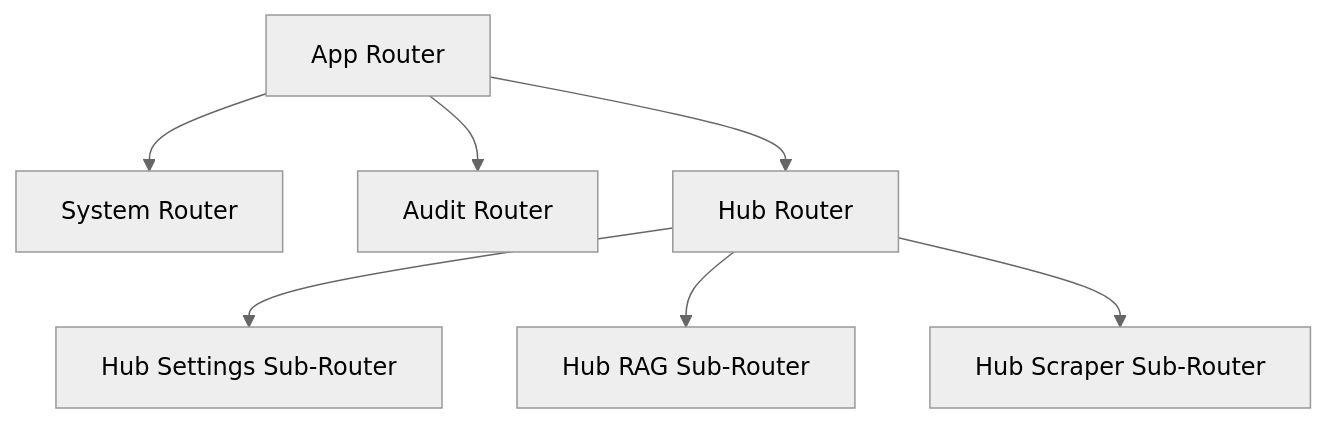
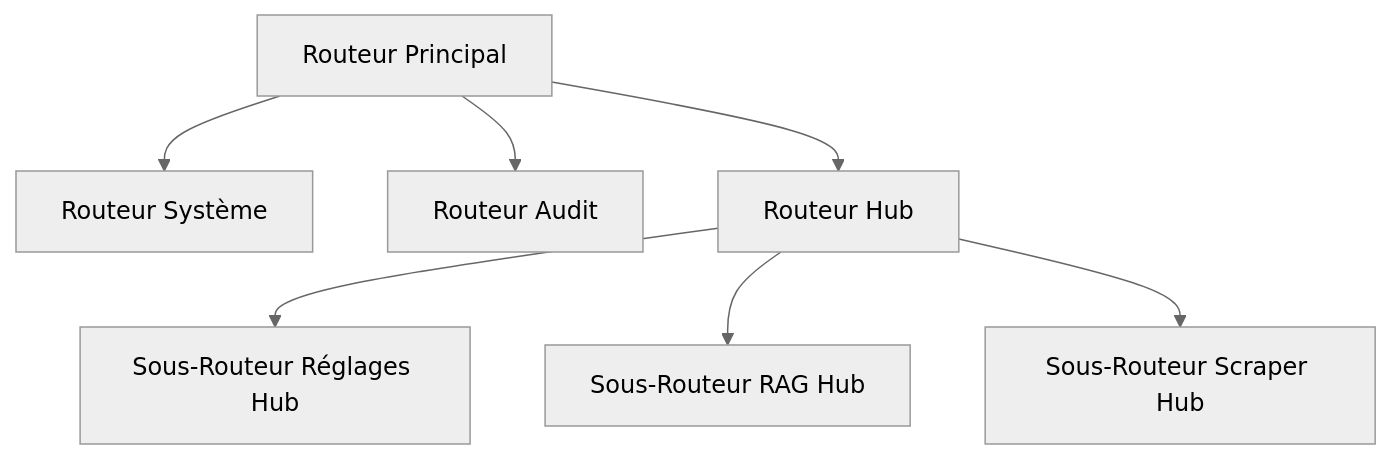
Before and after one commit to kchami77/rgaa-extractor: the diagram in docs/technical_sheets/01_core_infrastructure.md, drawn with Mermaid (neutral theme). The commit also changed other lines of this file and 4 other files, not shown here.

````diff
--- a/docs/technical_sheets/01_core_infrastructure.md
+++ b/docs/technical_sheets/01_core_infrastructure.md
@@ -12,9 +12,9 @@
 ```mermaid
 graph TD
-    App[App Router] --> System[System Router]
-    App --> Audit[Audit Router]
-    App --> Hub[Hub Router]
-    Hub --> HubSettings[Hub Settings Sub-Router]
-    Hub --> HubRAG[Hub RAG Sub-Router]
-    Hub --> HubScraper[Hub Scraper Sub-Router]
+    App[Routeur Principal] --> System[Routeur Système]
+    App --> Audit[Routeur Audit]
+    App --> Hub[Routeur Hub]
+    Hub --> HubSettings[Sous-Routeur Réglages Hub]
+    Hub --> HubRAG[Sous-Routeur RAG Hub]
+    Hub --> HubScraper[Sous-Routeur Scraper Hub]
 ```
````
